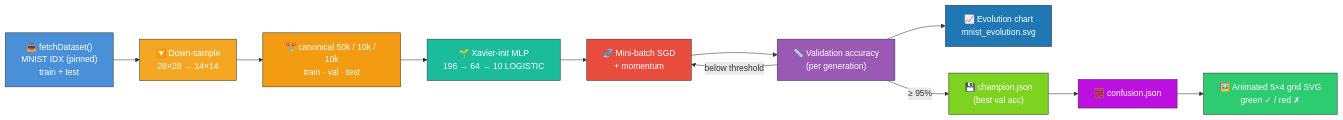
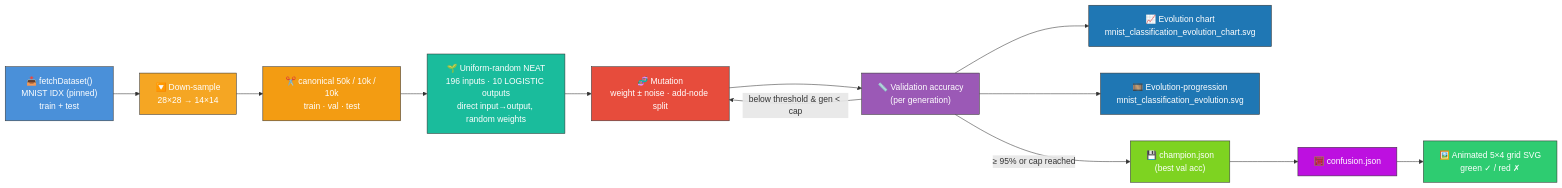
Before and after one commit to stSoftwareAU/NEAT-AI-Examples: the diagram in mnist_classification/README.md, drawn with Mermaid. The commit also changed other lines of this file and 6 other files, not shown here.

First line of the commit message:
mnist_classification: remove warm start, evolve from random noise (#151)

````diff
--- a/mnist_classification/README.md
+++ b/mnist_classification/README.md
@@ -22,29 +41,32 @@
 ```mermaid
 flowchart LR
     DL["📥 fetchDataset()<br/>MNIST IDX (pinned)<br/>train + test"]
     DOWN["🔽 Down-sample<br/>28×28 → 14×14"]
     SPLIT["✂️ canonical 50k / 10k / 10k<br/>train · val · test"]
-    INIT["🌱 Xavier-init MLP<br/>196 → 64 → 10 LOGISTIC"]
-    SGD["🧬 Mini-batch SGD<br/>+ momentum"]
+    NOISE["🌱 Uniform-random NEAT<br/>196 inputs · 10 LOGISTIC outputs<br/>direct input→output, random weights"]
+    MUT["🧬 Mutation<br/>weight ± noise · add-node split"]
     SCORE["📏 Validation accuracy<br/>(per generation)"]
-    SNAPSHOT["📈 Evolution chart<br/>mnist_evolution.svg"]
+    CHART["📈 Evolution chart<br/>mnist_classification_evolution_chart.svg"]
+    STRIP["🎞️ Evolution-progression<br/>mnist_classification_evolution.svg"]
     CHAMP["💾 champion.json<br/>(best val acc)"]
     CONF["🧮 confusion.json"]
     GRID["🖼️ Animated 5×4 grid SVG<br/>green ✓ / red ✗"]
 
-    DL --> DOWN --> SPLIT --> INIT --> SGD --> SCORE
-    SCORE -- below threshold --> SGD
-    SCORE -- ≥ 95% --> CHAMP --> CONF --> GRID
-    SCORE --> SNAPSHOT
+    DL --> DOWN --> SPLIT --> NOISE --> MUT --> SCORE
+    SCORE -- below threshold & gen < cap --> MUT
+    SCORE -- ≥ 95% or cap reached --> CHAMP --> CONF --> GRID
+    SCORE --> CHART
+    SCORE --> STRIP
 
     style DL fill:#4a90d9,stroke:#333,color:#fff
     style DOWN fill:#f5a623,stroke:#333,color:#fff
     style SPLIT fill:#f39c12,stroke:#333,color:#fff
-    style INIT fill:#1abc9c,stroke:#333,color:#fff
-    style SGD fill:#e74c3c,stroke:#333,color:#fff
+    style NOISE fill:#1abc9c,stroke:#333,color:#fff
+    style MUT fill:#e74c3c,stroke:#333,color:#fff
     style SCORE fill:#9b59b6,stroke:#333,color:#fff
-    style SNAPSHOT fill:#1f77b4,stroke:#333,color:#fff
+    style CHART fill:#1f77b4,stroke:#333,color:#fff
+    style STRIP fill:#1f77b4,stroke:#333,color:#fff
     style CHAMP fill:#7ed321,stroke:#333,color:#fff
     style CONF fill:#bd10e0,stroke:#333,color:#fff
     style GRID fill:#2ecc71,stroke:#333,color:#fff
 ```
````
